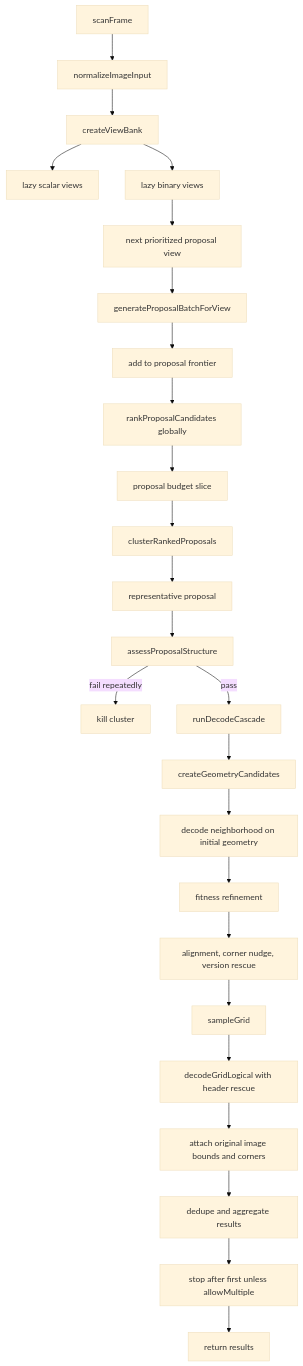
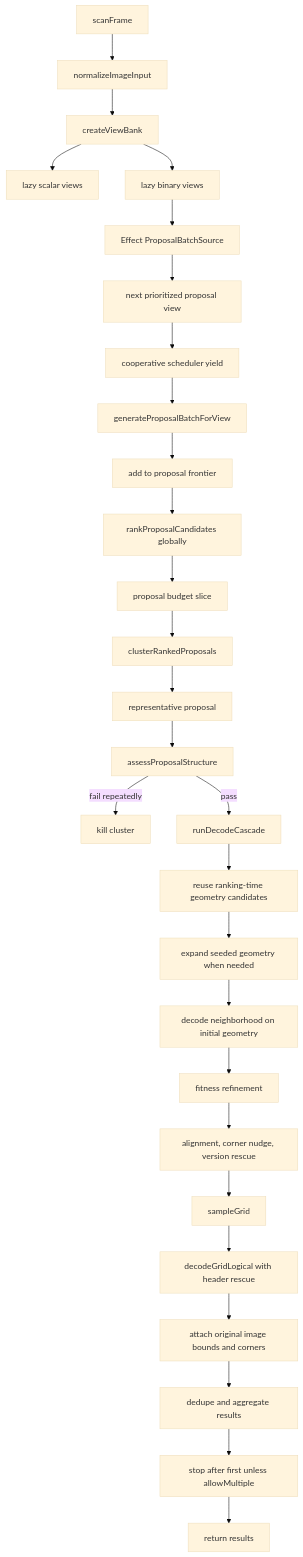
Before and after one commit to mia-cx/ironqr: the diagram in apps/docs/ironqr/ScanFrame End-to-End.md, drawn with Mermaid (base theme). The commit also changed other lines of this file, not shown here.

First line of the commit message:
docs(ironqr): refresh scanframe e2e flow

````diff
--- a/apps/docs/ironqr/ScanFrame End-to-End.md
+++ b/apps/docs/ironqr/ScanFrame End-to-End.md
@@ -94,30 +98,33 @@
 ```mermaid
 graph TD
     A["scanFrame"] --> B["normalizeImageInput"]
     B --> C["createViewBank"]
     C --> D["lazy scalar views"]
     C --> E["lazy binary views"]
-    E --> F["next prioritized proposal view"]
-    F --> G["generateProposalBatchForView"]
+    E --> Z["Effect ProposalBatchSource"]
+    Z --> F["next prioritized proposal view"]
+    F --> AA["cooperative scheduler yield"]
+    AA --> G["generateProposalBatchForView"]
     G --> H["add to proposal frontier"]
     H --> I["rankProposalCandidates globally"]
     I --> X["proposal budget slice"]
     X --> Y["clusterRankedProposals"]
 
     Y --> J["representative proposal"]
     J --> K["assessProposalStructure"]
     K -- "fail repeatedly" --> L["kill cluster"]
     K -- "pass" --> M["runDecodeCascade"]
 
-    M --> N["createGeometryCandidates"]
-    N --> O["decode neighborhood on initial geometry"]
+    M --> N["reuse ranking-time geometry candidates"]
+    N --> AB["expand seeded geometry when needed"]
+    AB --> O["decode neighborhood on initial geometry"]
     O --> P["fitness refinement"]
     P --> Q["alignment, corner nudge, version rescue"]
     Q --> R["sampleGrid"]
     R --> S["decodeGridLogical with header rescue"]
     S --> T["attach original image bounds and corners"]
     T --> U["dedupe and aggregate results"]
 
     U --> V["stop after first unless allowMultiple"]
     V --> W["return results"]
 ```
````
